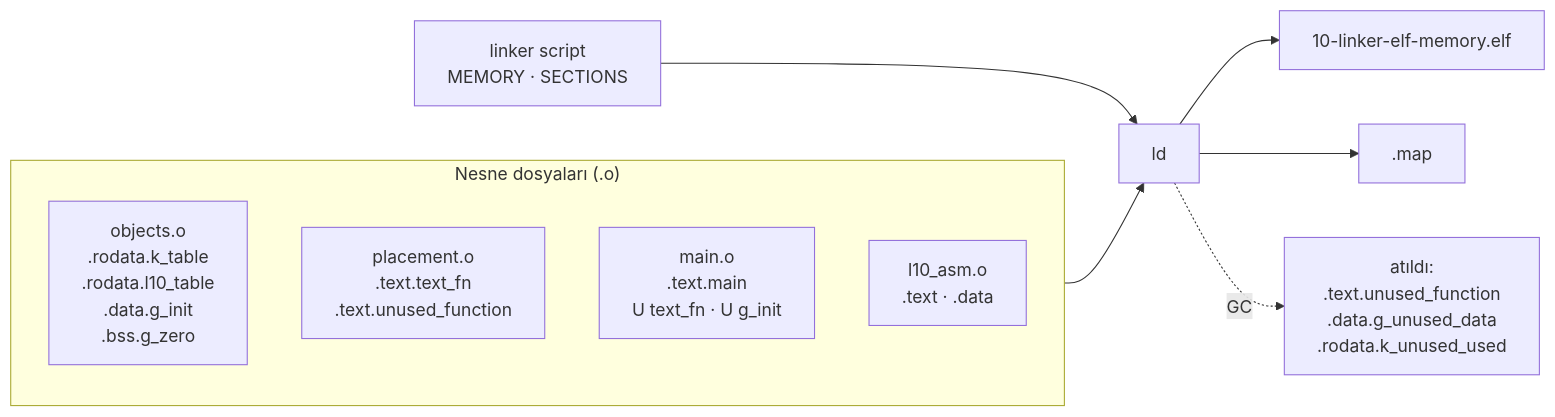
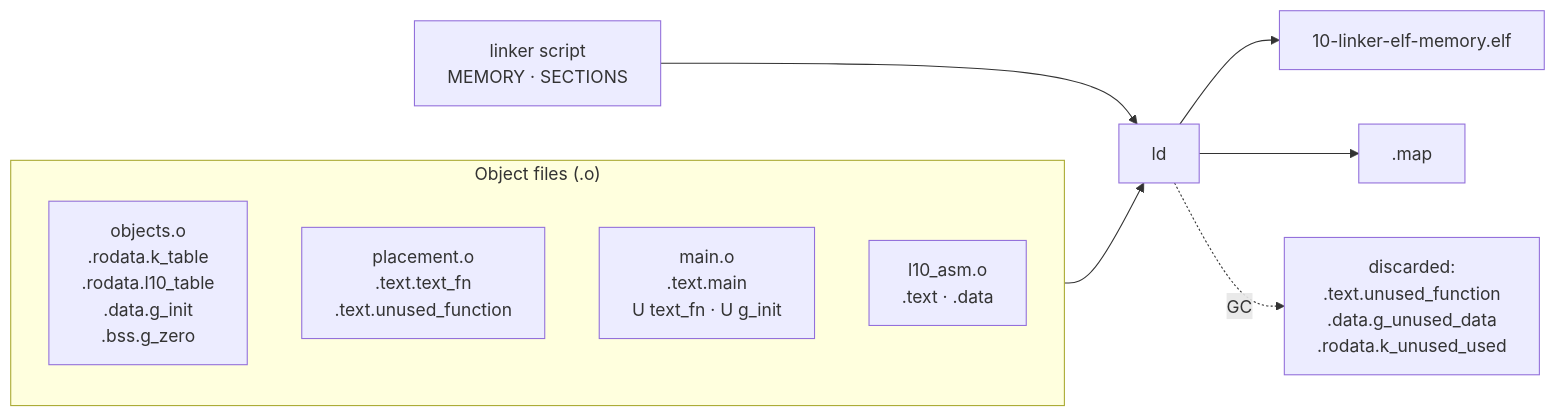
The diagram in lessons/10-linker-elf-memory/README.md (Merd0/ARM-Cortex-M-Lab), drawn with Mermaid before and after one commit. The commit also changed other lines of this file and 18 other files, not shown here.

````diff
--- a/lessons/10-linker-elf-memory/README.md
+++ b/lessons/10-linker-elf-memory/README.md
@@ -138,15 +139,15 @@
 ```mermaid
 flowchart LR
-    subgraph OBJ["Nesne dosyaları (.o)"]
+    subgraph OBJ["Object files (.o)"]
         O1["objects.o<br/>.rodata.k_table<br/>.rodata.l10_table<br/>.data.g_init<br/>.bss.g_zero"]
         O2["placement.o<br/>.text.text_fn<br/>.text.unused_function"]
         O3["main.o<br/>.text.main<br/>U text_fn · U g_init"]
         O4["l10_asm.o<br/>.text · .data"]
     end
     LS["linker script<br/>MEMORY · SECTIONS"]
     OBJ --> LD["ld"]
     LS --> LD
     LD --> ELF["10-linker-elf-memory.elf"]
     LD --> MAP[".map"]
-    LD -. "GC" .-> X["atıldı:<br/>.text.unused_function<br/>.data.g_unused_data<br/>.rodata.k_unused_used"]
+    LD -. "GC" .-> X["discarded:<br/>.text.unused_function<br/>.data.g_unused_data<br/>.rodata.k_unused_used"]
 ```
````
